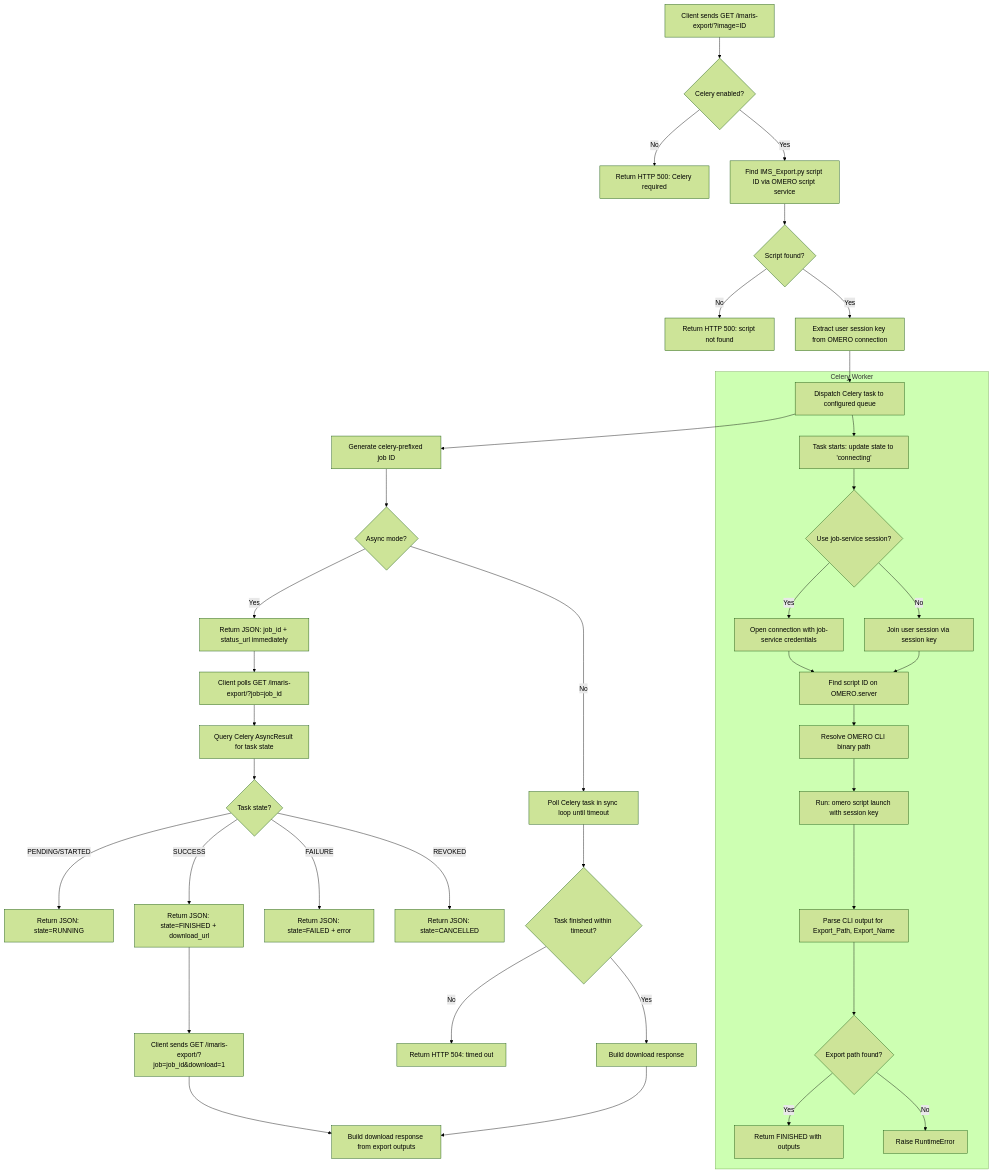
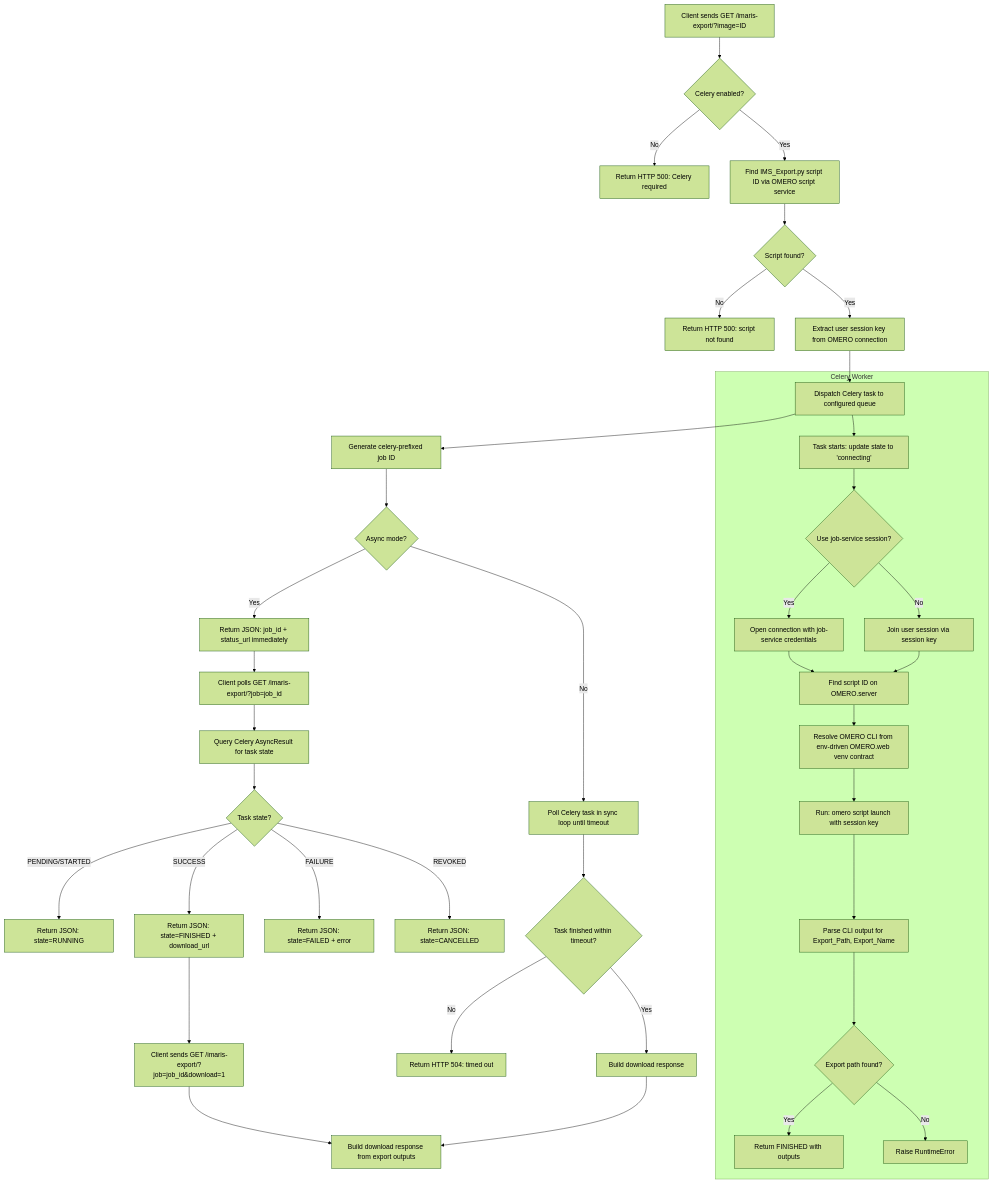
The diagram in docs/plugins/imaris-connector-workflow.md (ZMB-UZH/omero-docker-extended), drawn with Mermaid (forest theme) before and after one commit. The commit also changed 22 other files, not shown here.

````diff
--- a/docs/plugins/imaris-connector-workflow.md
+++ b/docs/plugins/imaris-connector-workflow.md
@@ -7,48 +7,48 @@
 ```mermaid
 flowchart TD
     A[Client sends GET /imaris-export/?image=ID] --> B{Celery enabled?}
     B -->|No| C[Return HTTP 500: Celery required]
     B -->|Yes| D[Find IMS_Export.py script ID via OMERO script service]
 
     D --> E{Script found?}
     E -->|No| F[Return HTTP 500: script not found]
     E -->|Yes| G[Extract user session key from OMERO connection]
 
     G --> H[Dispatch Celery task to configured queue]
     H --> I[Generate celery-prefixed job ID]
 
     I --> J{Async mode?}
     J -->|Yes| K[Return JSON: job_id + status_url immediately]
     J -->|No| L[Poll Celery task in sync loop until timeout]
 
     K --> M[Client polls GET /imaris-export/?job=job_id]
     L --> M2{Task finished within timeout?}
     M2 -->|No| N[Return HTTP 504: timed out]
     M2 -->|Yes| O[Build download response]
 
     M --> P[Query Celery AsyncResult for task state]
     P --> Q{Task state?}
     Q -->|PENDING/STARTED| R[Return JSON: state=RUNNING]
     Q -->|SUCCESS| S[Return JSON: state=FINISHED + download_url]
     Q -->|FAILURE| T[Return JSON: state=FAILED + error]
     Q -->|REVOKED| U[Return JSON: state=CANCELLED]
 
     S --> V[Client sends GET /imaris-export/?job=job_id&download=1]
     V --> W[Build download response from export outputs]
     O --> W
 
     subgraph Celery Worker
         H --> CW1[Task starts: update state to 'connecting']
         CW1 --> CW2{Use job-service session?}
         CW2 -->|Yes| CW3[Open connection with job-service credentials]
         CW2 -->|No| CW4[Join user session via session key]
         CW3 --> CW5[Find script ID on OMERO.server]
         CW4 --> CW5
-        CW5 --> CW6[Resolve OMERO CLI binary path]
+        CW5 --> CW6[Resolve OMERO CLI from env-driven OMERO.web venv contract]
         CW6 --> CW7[Run: omero script launch with session key]
         CW7 --> CW8[Parse CLI output for Export_Path, Export_Name]
         CW8 --> CW9{Export path found?}
         CW9 -->|Yes| CW10[Return FINISHED with outputs]
         CW9 -->|No| CW11[Raise RuntimeError]
     end
 ```
````
